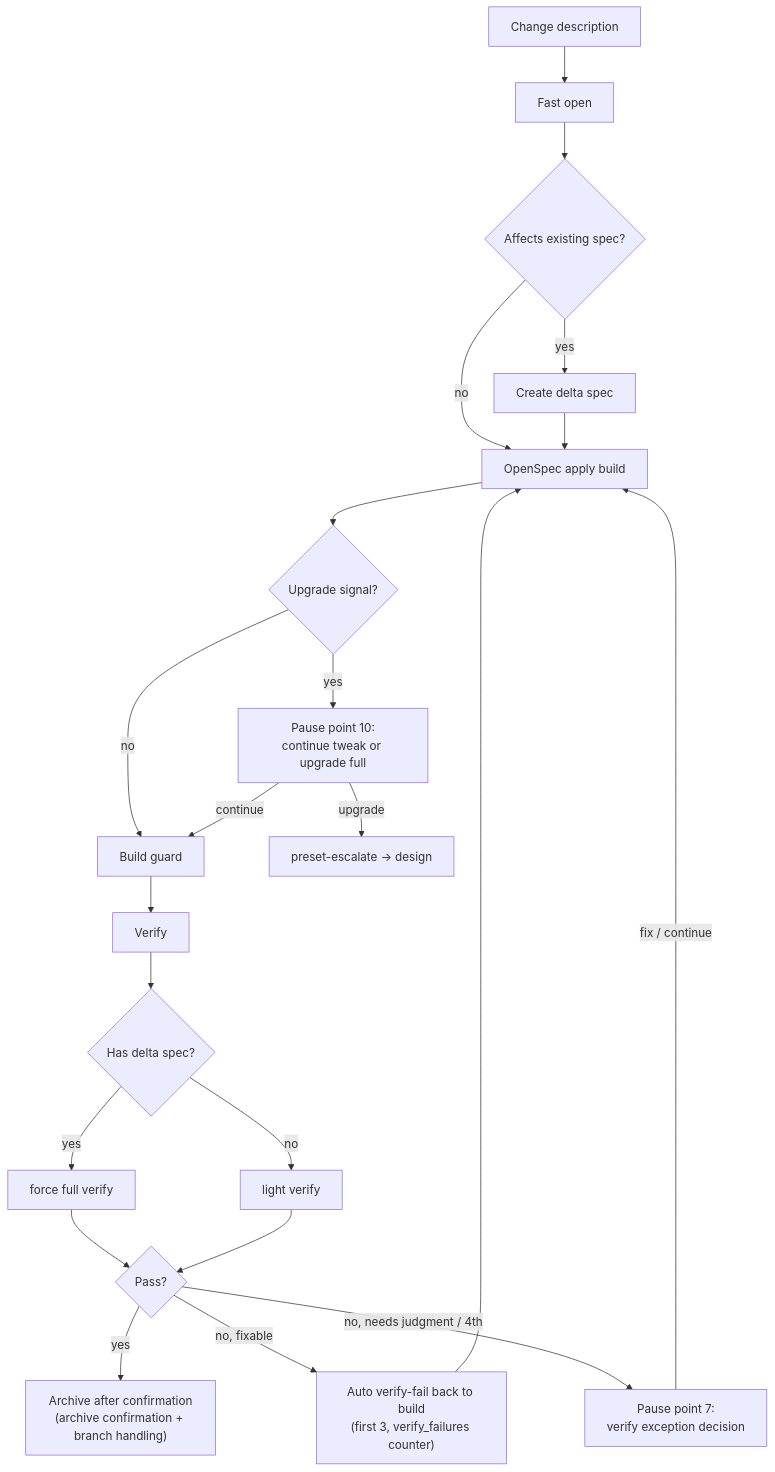
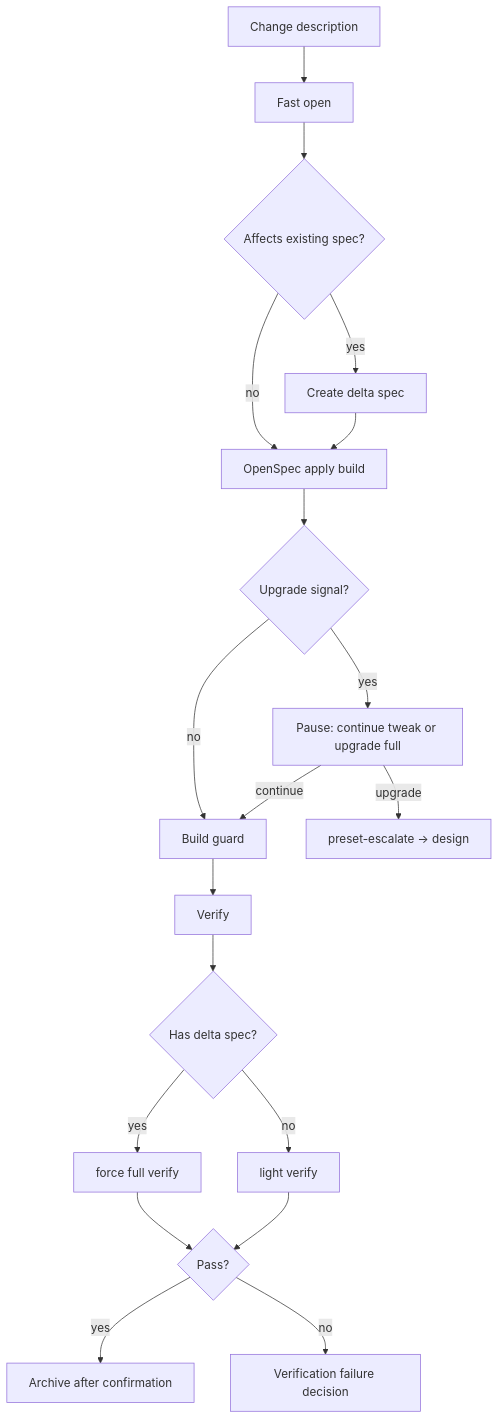
One commit to rpamis/comet-website-docs changed the diagram in en/presets/tweak.mdx. Above: the diagram before and after it, drawn with Mermaid. The commit also changed other lines of this file and 114 other files, not shown here.

````diff
--- a/en/presets/tweak.mdx
+++ b/en/presets/tweak.mdx
@@ -44,24 +52,21 @@
 ```mermaid
 flowchart TD
     Start["Change description"] --> S1["Fast open"]
     S1 --> Delta{"Affects existing spec?"}
     Delta -->|yes| D["Create delta spec"]
     Delta -->|no| S2["OpenSpec apply build"]
     D --> S2
     S2 --> Esc{"Upgrade signal?"}
-    Esc -->|yes| Stop["Pause point 10:\ncontinue tweak or upgrade full"]
+    Esc -->|yes| Stop["Pause: continue tweak or upgrade full"]
     Esc -->|no| Guard["Build guard"]
     Stop -->|continue| Guard
     Stop -->|upgrade| Up["preset-escalate -> design"]
     Guard --> V["Verify"]
     V --> HasDelta{"Has delta spec?"}
     HasDelta -->|yes| Full["force full verify"]
     HasDelta -->|no| Light["light verify"]
     Full --> Done{"Pass?"}
     Light --> Done
-    Done -->|yes| Archive["Archive after confirmation\n(archive confirmation + branch handling)"]
-    Done -->|no, fixable| Auto["Auto verify-fail back to build\n(first 3, verify_failures counter)"]
-    Done -->|no, needs judgment / 4th| VfStop["Pause point 7:\nverify exception decision"]
-    Auto --> S2
-    VfStop -->|fix / continue| S2
+    Done -->|yes| Archive["Archive after confirmation"]
+    Done -->|no| Fix["Verification failure decision"]
 ```
````
